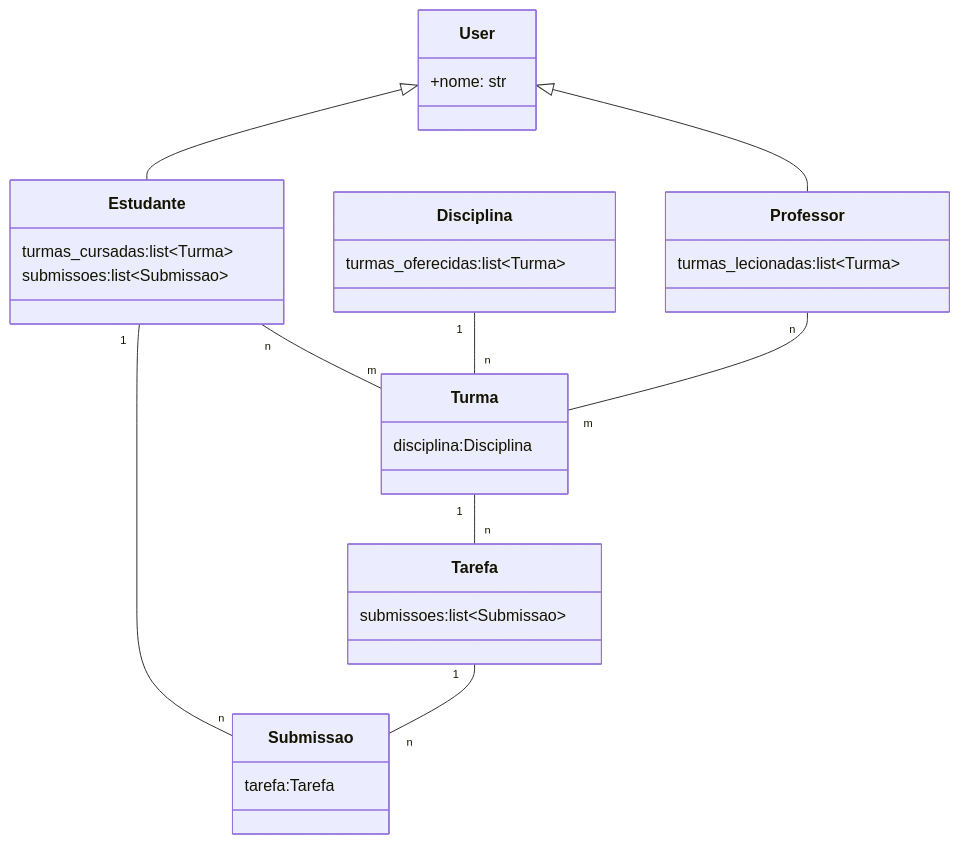
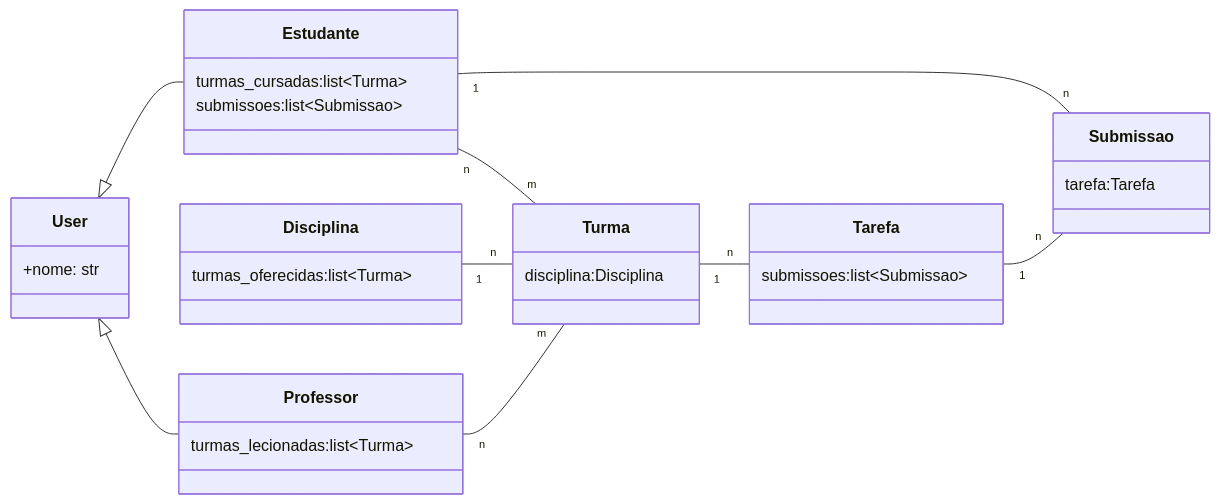
Before and after one commit to insper-classroom/Ag22_SimP1: the diagram in classes.md, drawn with Mermaid.

Commit message:
Update classes.md
Mudando direction

````diff
--- a/classes.md
+++ b/classes.md
@@ -8,33 +8,34 @@
 ```mermaid
 classDiagram
+direction LR
 class User {
 +nome: str
 }
 class Professor {
 turmas_lecionadas:list~Turma~ 
 }
 class Estudante {
 turmas_cursadas:list~Turma~ 
 submissoes:list~Submissao~ 
 }
 class Disciplina {
 turmas_oferecidas:list~Turma~
 }
 class Turma {
 disciplina:Disciplina
 }
 class Tarefa {
 submissoes:list~Submissao~
 }
 class Submissao {
 tarefa:Tarefa
 }
 Estudante "n" -- "m" Turma 
 Estudante "1" -- "n" Submissao 
 Tarefa "1" -- "n" Submissao
 Turma "1" -- "n" Tarefa
 Disciplina "1" -- "n" Turma 
 Professor "n" -- "m" Turma
 User <|-- Estudante
 User <|-- Professor
 ```
````
